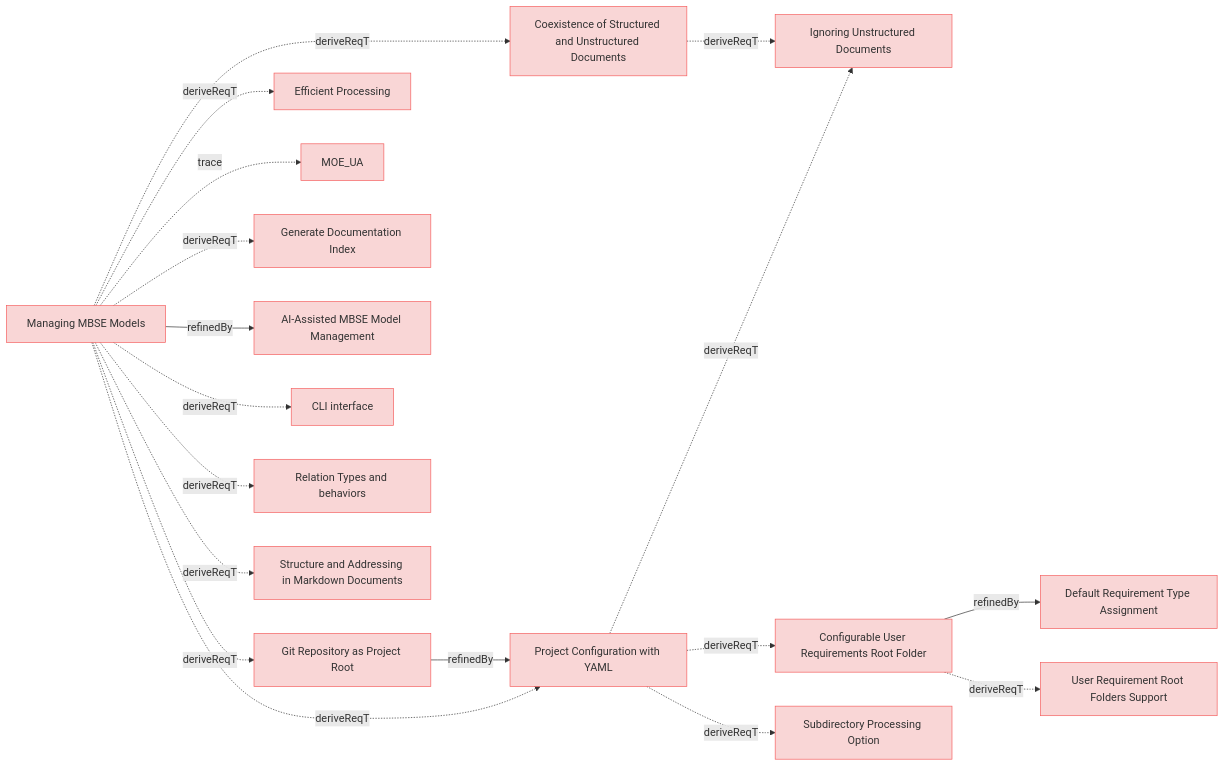
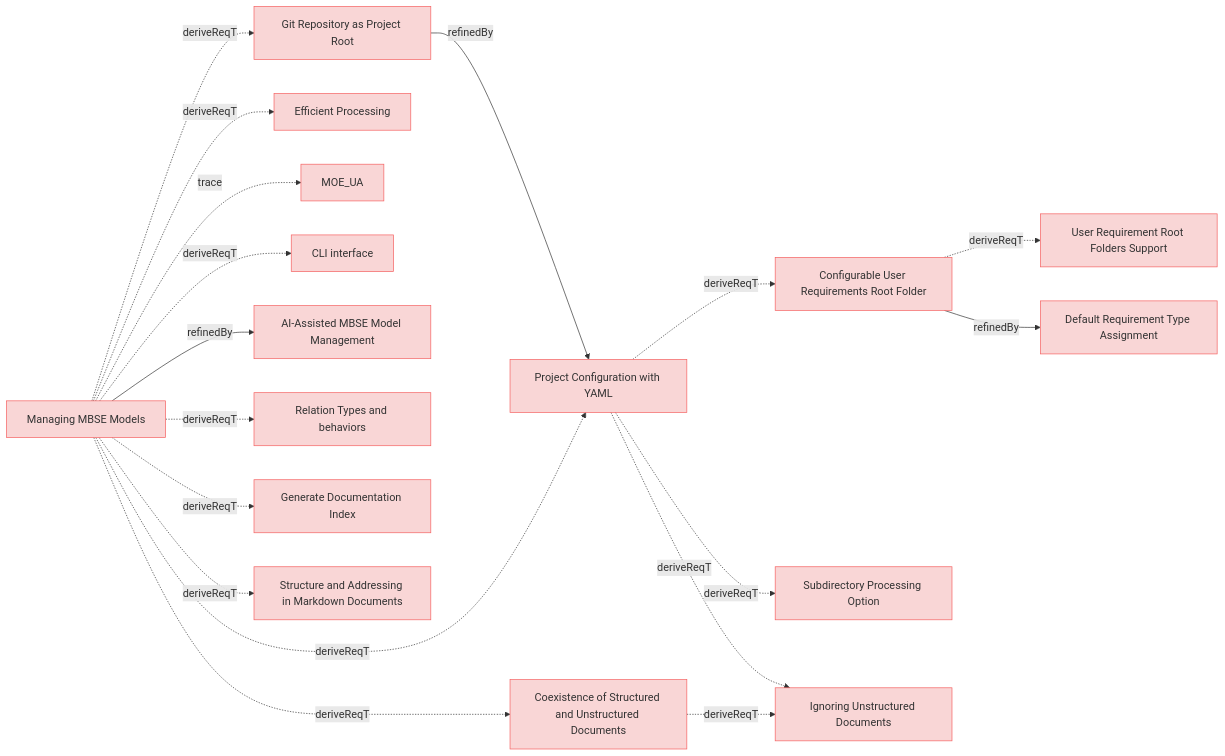
The diagram in specifications/ManagingMbseModelsRequirements.md (reqvire-org/reqvire), drawn with Mermaid before and after one commit. The commit also changed other lines of this file and 16 other files, not shown here.

Commit message:
Updates diagrams

````diff
--- a/specifications/ManagingMbseModelsRequirements.md
+++ b/specifications/ManagingMbseModelsRequirements.md
@@ -4,75 +4,75 @@
 ```mermaid
 graph LR;
   %% REQVIRE-AUTOGENERATED-DIAGRAM
   %% Graph styling
   classDef requirement fill:#f9d6d6,stroke:#f55f5f,stroke-width:1px;
   classDef verification fill:#d6f9d6,stroke:#5fd75f,stroke-width:1px;
   classDef externalLink fill:#d0e0ff,stroke:#3080ff,stroke-width:1px;
   classDef default fill:#f5f5f5,stroke:#333333,stroke-width:1px;
 
-  c9cc6878a73bb951["Default Requirement Type Assignment"];
-  class c9cc6878a73bb951 requirement;
-  click c9cc6878a73bb951 "ManagingMbseModelsRequirements.md#default-requirement-type-assignment";
-  649d72765b13e14f["Git Repository as Project Root"];
-  class 649d72765b13e14f requirement;
-  click 649d72765b13e14f "ManagingMbseModelsRequirements.md#git-repository-as-project-root";
   16b4b380c917deb1["Project Configuration with YAML"];
   class 16b4b380c917deb1 requirement;
   click 16b4b380c917deb1 "ManagingMbseModelsRequirements.md#project-configuration-with-yaml";
-  649d72765b13e14f -->|refinedBy| 16b4b380c917deb1;
-  f0d721424636370e["Coexistence of Structured and Unstructured Documents"];
-  class f0d721424636370e requirement;
-  click f0d721424636370e "ManagingMbseModelsRequirements.md#coexistence-of-structured-and-unstructured-documents";
+  d9354ef2eca0f2d0["Configurable User Requirements Root Folder"];
+  class d9354ef2eca0f2d0 requirement;
+  click d9354ef2eca0f2d0 "ManagingMbseModelsRequirements.md#configurable-user-requirements-root-folder";
+  16b4b380c917deb1 -.->|deriveReqT| d9354ef2eca0f2d0;
+  7bdf935ec6d8effe["Subdirectory Processing Option"];
+  class 7bdf935ec6d8effe requirement;
+  click 7bdf935ec6d8effe "SystemRequirements/Requirements.md#subdirectory-processing-option";
+  16b4b380c917deb1 -.->|deriveReqT| 7bdf935ec6d8effe;
   be83c2991e9535c7["Ignoring Unstructured Documents"];
   class be83c2991e9535c7 requirement;
   click be83c2991e9535c7 "SystemRequirements/Requirements.md#ignoring-unstructured-documents";
-  f0d721424636370e -.->|deriveReqT| be83c2991e9535c7;
-  d9354ef2eca0f2d0["Configurable User Requirements Root Folder"];
-  class d9354ef2eca0f2d0 requirement;
-  click d9354ef2eca0f2d0 "ManagingMbseModelsRequirements.md#configurable-user-requirements-root-folder";
-  d9354ef2eca0f2d0 -->|refinedBy| c9cc6878a73bb951;
+  16b4b380c917deb1 -.->|deriveReqT| be83c2991e9535c7;
   a9d6e2569d5acd60["User Requirement Root Folders Support"];
   class a9d6e2569d5acd60 requirement;
   click a9d6e2569d5acd60 "SystemRequirements/Requirements.md#user-requirement-root-folders-support";
   d9354ef2eca0f2d0 -.->|deriveReqT| a9d6e2569d5acd60;
-  7bdf935ec6d8effe["Subdirectory Processing Option"];
-  class 7bdf935ec6d8effe requirement;
-  click 7bdf935ec6d8effe "SystemRequirements/Requirements.md#subdirectory-processing-option";
-  16b4b380c917deb1 -.->|deriveReqT| 7bdf935ec6d8effe;
-  16b4b380c917deb1 -.->|deriveReqT| d9354ef2eca0f2d0;
-  16b4b380c917deb1 -.->|deriveReqT| be83c2991e9535c7;
+  c9cc6878a73bb951["Default Requirement Type Assignment"];
+  class c9cc6878a73bb951 requirement;
+  click c9cc6878a73bb951 "ManagingMbseModelsRequirements.md#default-requirement-type-assignment";
+  d9354ef2eca0f2d0 -->|refinedBy| c9cc6878a73bb951;
+  f0d721424636370e["Coexistence of Structured and Unstructured Documents"];
+  class f0d721424636370e requirement;
+  click f0d721424636370e "ManagingMbseModelsRequirements.md#coexistence-of-structured-and-unstructured-documents";
+  f0d721424636370e -.->|deriveReqT| be83c2991e9535c7;
+  649d72765b13e14f["Git Repository as Project Root"];
+  class 649d72765b13e14f requirement;
+  click 649d72765b13e14f "ManagingMbseModelsRequirements.md#git-repository-as-project-root";
+  649d72765b13e14f -->|refinedBy| 16b4b380c917deb1;
   d193d11c43776bec["Efficient Processing"];
   class d193d11c43776bec requirement;
   click d193d11c43776bec "ManagingMbseModelsRequirements.md#efficient-processing";
   e61b7c1baa89bfc6["Managing MBSE Models"];
   class e61b7c1baa89bfc6 requirement;
   click e61b7c1baa89bfc6 "UserStories.md#managing-mbse-models";
   2c5f30f14e792200["MOE_UA"];
   class 2c5f30f14e792200 requirement;
   click 2c5f30f14e792200 "MOEs.md#moe_ua";
   e61b7c1baa89bfc6 -.->|trace| 2c5f30f14e792200;
+  e61b7c1baa89bfc6 -.->|deriveReqT| 16b4b380c917deb1;
+  f28849d46c19af44["CLI interface"];
+  class f28849d46c19af44 requirement;
+  click f28849d46c19af44 "UserRequirements.md#cli-interface";
+  e61b7c1baa89bfc6 -.->|deriveReqT| f28849d46c19af44;
+  cd2d5dab49985ca2["AI-Assisted MBSE Model Management"];
+  class cd2d5dab49985ca2 requirement;
+  click cd2d5dab49985ca2 "UserStories.md#ai-assisted-mbse-model-management";
+  e61b7c1baa89bfc6 -->|refinedBy| cd2d5dab49985ca2;
+  e61b7c1baa89bfc6 -.->|deriveReqT| f0d721424636370e;
   e61b7c1baa89bfc6 -.->|deriveReqT| 649d72765b13e14f;
+  551906d5c51d91d9["Relation Types and behaviors"];
+  class 551906d5c51d91d9 requirement;
+  click 551906d5c51d91d9 "SpecificationsRequirements.md#relation-types-and-behaviors";
+  e61b7c1baa89bfc6 -.->|deriveReqT| 551906d5c51d91d9;
   c2b6c74b77726ad9["Generate Documentation Index"];
   class c2b6c74b77726ad9 requirement;
   click c2b6c74b77726ad9 "UserRequirements.md#generate-documentation-index";
   e61b7c1baa89bfc6 -.->|deriveReqT| c2b6c74b77726ad9;
-  cd2d5dab49985ca2["AI-Assisted MBSE Model Management"];
-  class cd2d5dab49985ca2 requirement;
-  click cd2d5dab49985ca2 "UserStories.md#ai-assisted-mbse-model-management";
-  e61b7c1baa89bfc6 -->|refinedBy| cd2d5dab49985ca2;
-  f28849d46c19af44["CLI interface"];
-  class f28849d46c19af44 requirement;
-  click f28849d46c19af44 "UserRequirements.md#cli-interface";
-  e61b7c1baa89bfc6 -.->|deriveReqT| f28849d46c19af44;
-  551906d5c51d91d9["Relation Types and behaviors"];
-  class 551906d5c51d91d9 requirement;
-  click 551906d5c51d91d9 "SpecificationsRequirements.md#relation-types-and-behaviors";
-  e61b7c1baa89bfc6 -.->|deriveReqT| 551906d5c51d91d9;
-  e61b7c1baa89bfc6 -.->|deriveReqT| f0d721424636370e;
+  e61b7c1baa89bfc6 -.->|deriveReqT| d193d11c43776bec;
   ade67c27bc5d3bbd["Structure and Addressing in Markdown Documents"];
   class ade67c27bc5d3bbd requirement;
   click ade67c27bc5d3bbd "SpecificationsRequirements.md#structure-and-addressing-in-markdown-documents";
   e61b7c1baa89bfc6 -.->|deriveReqT| ade67c27bc5d3bbd;
-  e61b7c1baa89bfc6 -.->|deriveReqT| 16b4b380c917deb1;
-  e61b7c1baa89bfc6 -.->|deriveReqT| d193d11c43776bec;
 ```
````
